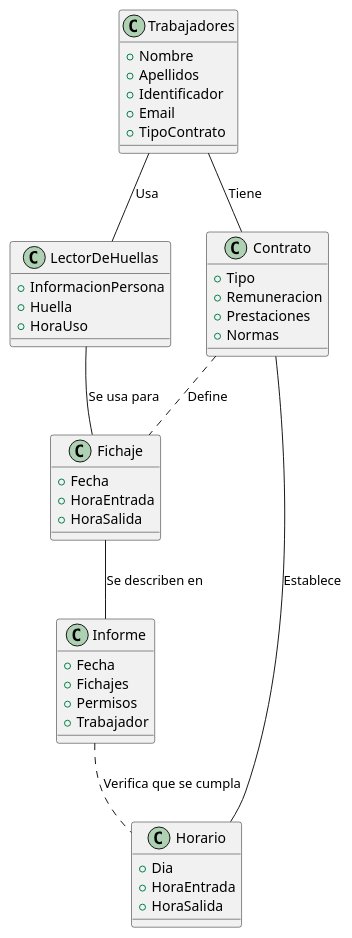
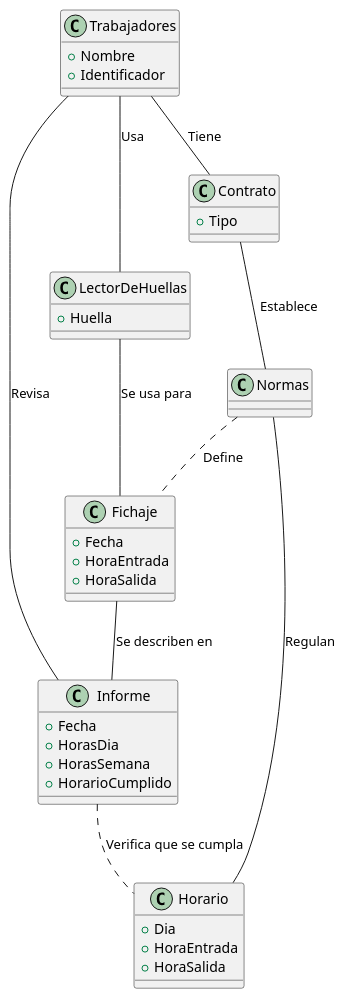
The diagram in modelosUML/modeloDominio.puml (mmasias/23-24-IdSw1-SDR), drawn with PlantUML before and after one commit.

Commit message:
Update modeloDominio.puml
Actualización del .puml con el cambio en los atributos y clases

```diff
--- a/modelosUML/modeloDominio.puml
+++ b/modelosUML/modeloDominio.puml
@@ -1,44 +1,41 @@
 @startuml
 class Trabajadores{
     + Nombre
-    + Apellidos
     + Identificador
-    + Email
-    + TipoContrato
 }
 class LectorDeHuellas{
-    + InformacionPersona
     + Huella
-    + HoraUso
 }
 class Fichaje{
     + Fecha
     + HoraEntrada
     + HoraSalida
 }
 class Informe{
     + Fecha
-    + Fichajes
-    + Permisos
-    + Trabajador
+    + HorasDia
+    + HorasSemana
+    +HorarioCumplido
 }
 class Horario{
     + Dia
     + HoraEntrada
     + HoraSalida
 }
 class Contrato{
     + Tipo
-    + Remuneracion
-    + Prestaciones
-    + Normas
+}
+class Normas{
+
 }
 
 Trabajadores -- Contrato : Tiene
 Trabajadores -- LectorDeHuellas : Usa
 LectorDeHuellas -- Fichaje : Se usa para
 Fichaje -- Informe : Se describen en
 Informe .. Horario : Verifica que se cumpla
-Contrato -- Horario : Establece
-Contrato .. Fichaje : Define
+Contrato -- Normas : Establece
+Normas-- Horario : Regulan
+Normas.. Fichaje : Define
+Trabajadores -- Informe : Revisa
 @enduml
```
